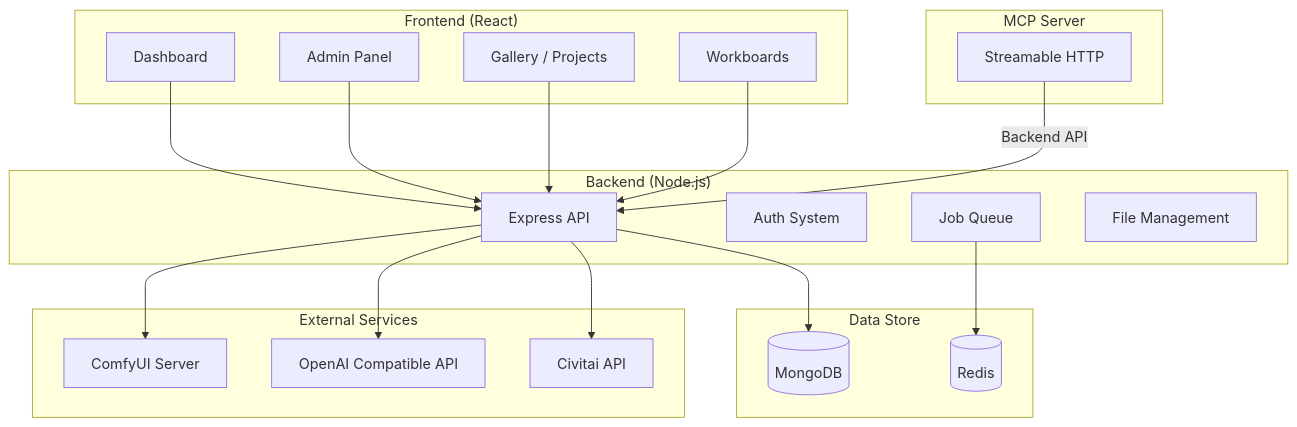
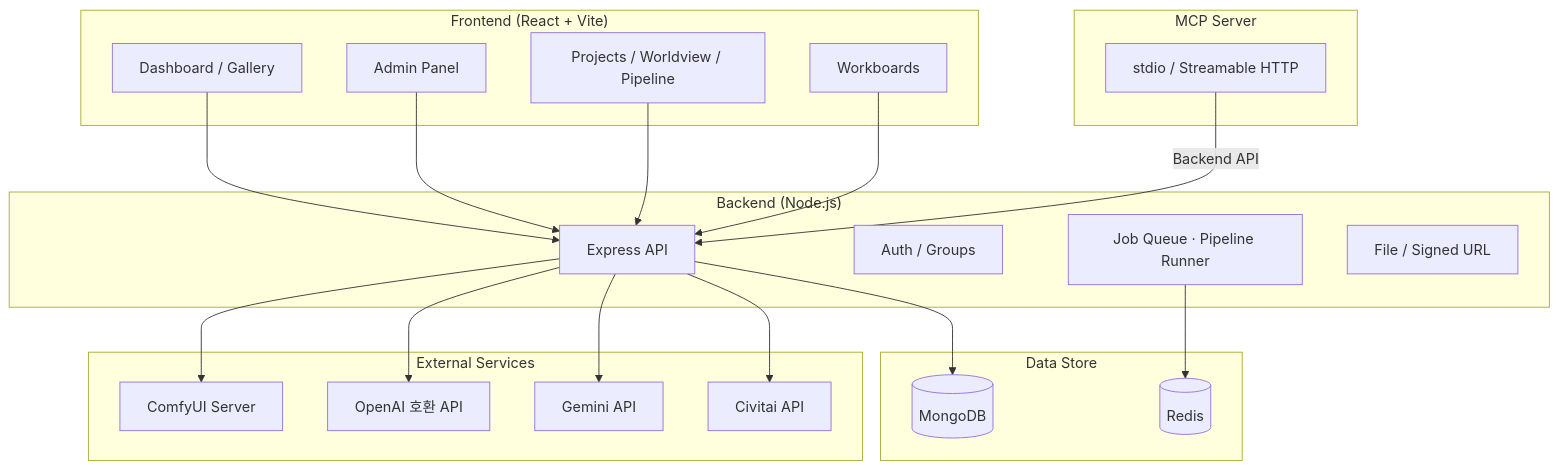
The diagram in README.md (iceemperor-gcempire/vcc-manager), drawn with Mermaid before and after one commit. The commit also changed other lines of this file, not shown here.

````diff
--- a/README.md
+++ b/README.md
@@ -92,44 +100,46 @@
 ```mermaid
 graph TB
-    subgraph "Frontend (React)"
-        A[Dashboard]
+    subgraph "Frontend (React + Vite)"
+        A[Dashboard / Gallery]
         B[Admin Panel]
-        C[Gallery / Projects]
+        C[Projects / Worldview / Pipeline]
         D[Workboards]
     end
 
     subgraph "Backend (Node.js)"
         E[Express API]
-        F[Auth System]
-        G[Job Queue]
-        H[File Management]
+        F[Auth / Groups]
+        G[Job Queue · Pipeline Runner]
+        H[File / Signed URL]
     end
 
     subgraph "MCP Server"
-        I[Streamable HTTP]
+        I[stdio / Streamable HTTP]
     end
 
     subgraph "Data Store"
         J[(MongoDB)]
         K[(Redis)]
     end
 
     subgraph "External Services"
         L[ComfyUI Server]
-        M[OpenAI Compatible API]
-        N[Civitai API]
+        M[OpenAI 호환 API]
+        N[Gemini API]
+        O[Civitai API]
     end
 
     A --> E
     B --> E
     C --> E
     D --> E
 
     E --> J
     E --> L
     E --> M
     E --> N
+    E --> O
     G --> K
 
     I -->|Backend API| E
 ```
````
